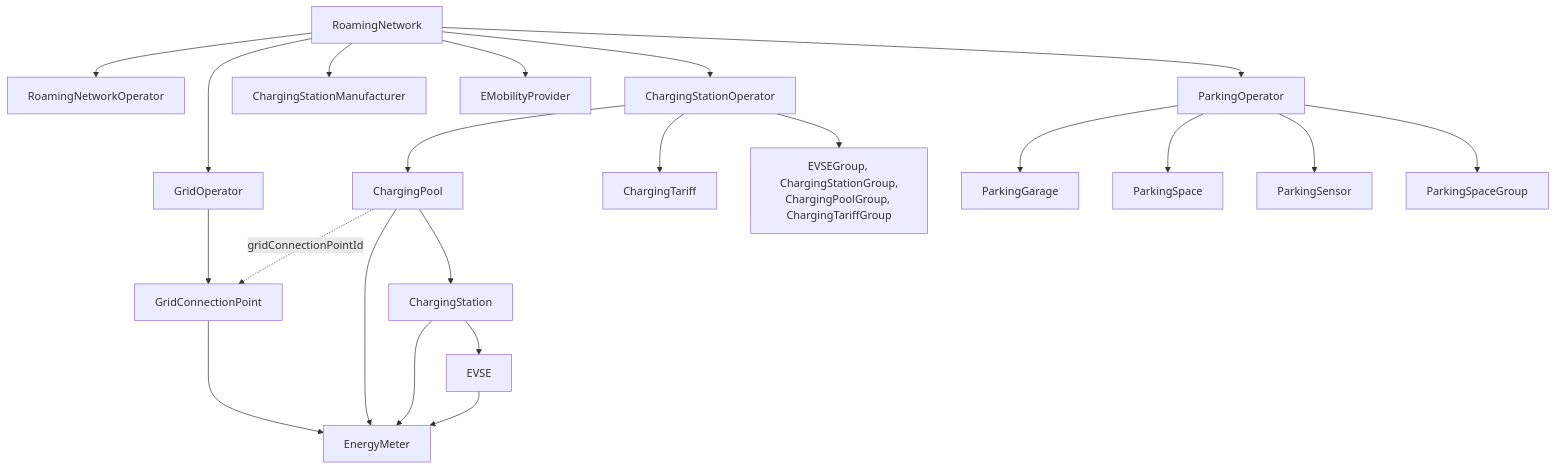
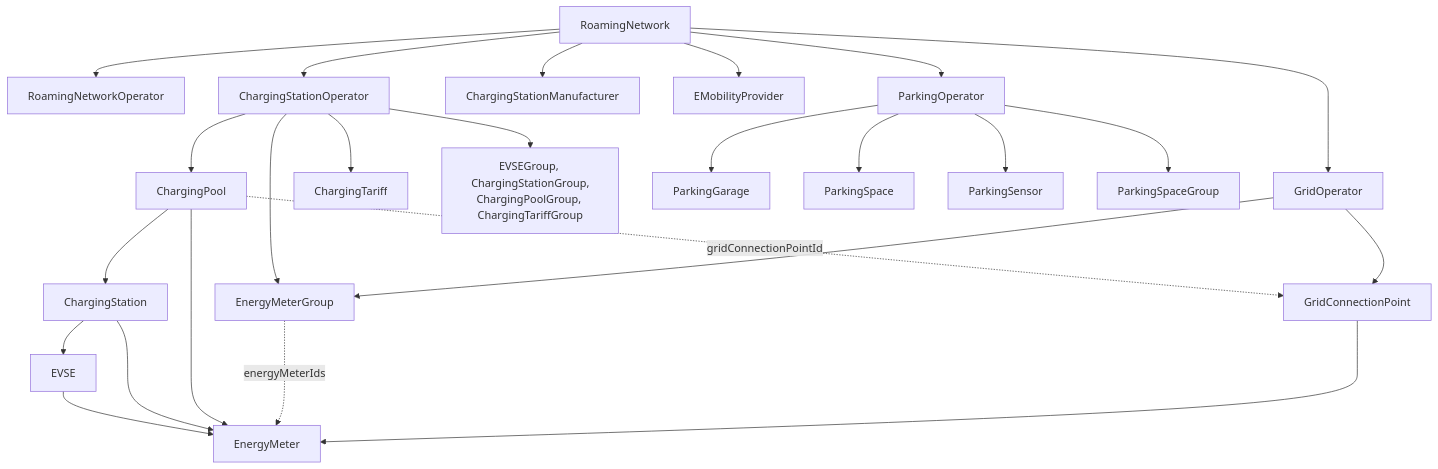
Before and after one commit to OpenChargingCloud/WWCP_POI: the diagram in docs/README.md, drawn with Mermaid. The commit also changed other lines of this file and 27 other files, not shown here.

````diff
--- a/docs/README.md
+++ b/docs/README.md
@@ -13,24 +13,27 @@
 ```mermaid
 flowchart TD
     RoamingNetwork --> RoamingNetworkOperator
     RoamingNetwork --> ChargingStationOperator
     RoamingNetwork --> ChargingStationManufacturer
     RoamingNetwork --> EMobilityProvider
     RoamingNetwork --> GridOperator
     RoamingNetwork --> ParkingOperator
     GridOperator --> GridConnectionPoint
     GridConnectionPoint --> EnergyMeter
+    GridOperator --> EnergyMeterGroup
+    ChargingStationOperator --> EnergyMeterGroup
+    EnergyMeterGroup -. energyMeterIds .-> EnergyMeter
     ChargingPool -. gridConnectionPointId .-> GridConnectionPoint
     ChargingStationOperator --> ChargingPool
     ChargingStationOperator --> ChargingTariff
     ChargingStationOperator --> Groups["EVSEGroup, ChargingStationGroup,<br/>ChargingPoolGroup, ChargingTariffGroup"]
     ChargingPool --> ChargingStation
     ChargingStation --> EVSE
     ChargingPool --> EnergyMeter
     ChargingStation --> EnergyMeter
     EVSE --> EnergyMeter
     ParkingOperator --> ParkingGarage
     ParkingOperator --> ParkingSpace
     ParkingOperator --> ParkingSensor
     ParkingOperator --> ParkingSpaceGroup
 ```
````
